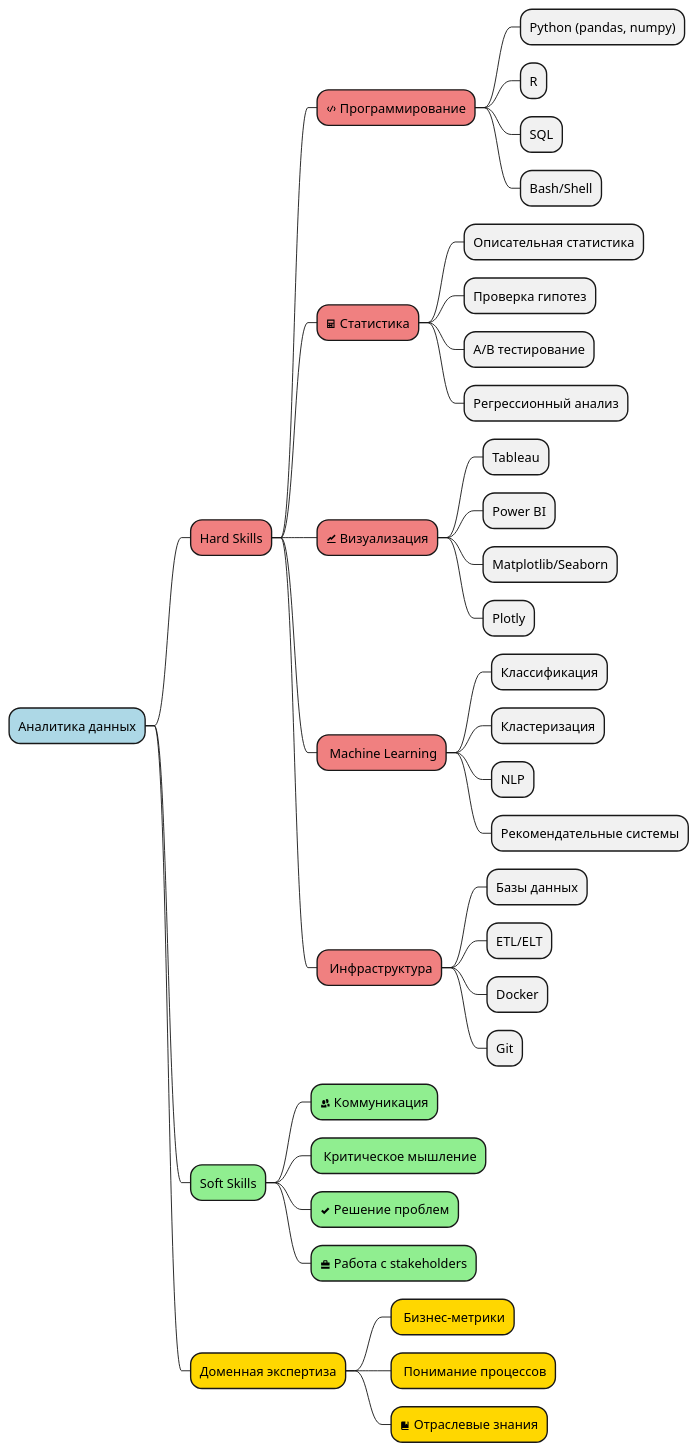
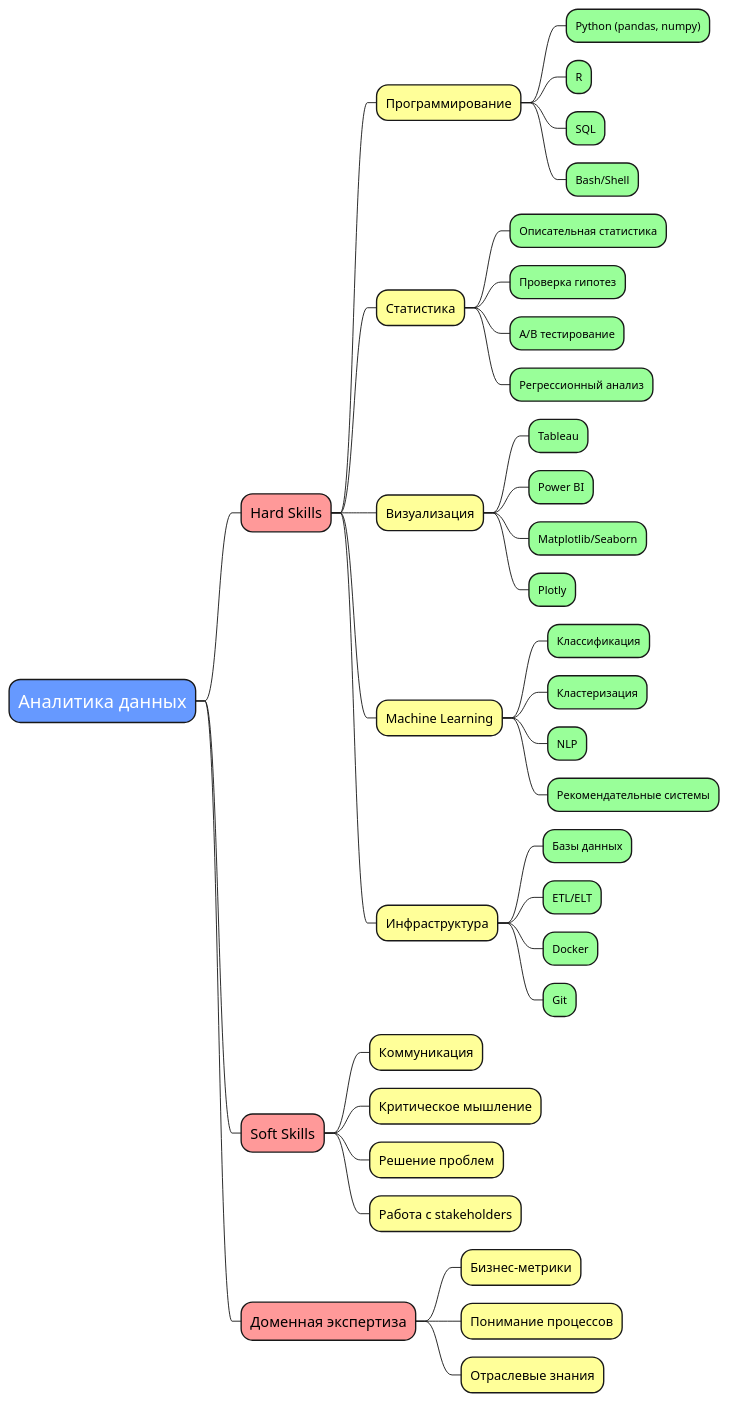
The diagram in MindMap.puml (Ilya0107/Digital-tech-AI-n3), drawn with PlantUML before and after one commit.

```diff
--- a/MindMap.puml
+++ b/MindMap.puml
@@ -1,52 +1,64 @@
 @startmindmap
 <style>
 mindmapDiagram {
-  .red {
-    BackgroundColor lightcoral
+  node {
+    BackgroundColor white
+    BorderColor black
   }
-  .blue {
-    BackgroundColor lightblue
+  :depth(0) {
+    BackgroundColor #6699FF
+    FontSize 20
+    FontColor white
   }
-  .green {
-    BackgroundColor lightgreen
+  :depth(1) {
+    BackgroundColor #FF9999
+    FontSize 16
+  }
+  :depth(2) {
+    BackgroundColor #FFFF99
+    FontSize 14
+  }
+  :depth(3) {
+    BackgroundColor #99FF99
+    FontSize 12
   }
 }
 </style>
 
-*[#lightblue] Аналитика данных
-**[#lightcoral] Hard Skills
-***[#lightcoral] <&code> Программирование
+* Аналитика данных
+** Hard Skills
+*** Программирование
 **** Python (pandas, numpy)
 **** R
 **** SQL
 **** Bash/Shell
-***[#lightcoral] <&calculator> Статистика
+*** Статистика
 **** Описательная статистика
 **** Проверка гипотез
 **** A/B тестирование
 **** Регрессионный анализ
-***[#lightcoral] <&graph> Визуализация
+*** Визуализация
 **** Tableau
 **** Power BI
 **** Matplotlib/Seaborn
 **** Plotly
-***[#lightcoral] <&brain> Machine Learning
+*** Machine Learning
 **** Классификация
 **** Кластеризация
 **** NLP
 **** Рекомендательные системы
-***[#lightcoral] <&server> Инфраструктура
+*** Инфраструктура
 **** Базы данных
 **** ETL/ELT
 **** Docker
 **** Git
-**[#lightgreen] Soft Skills
-***[#lightgreen] <&people> Коммуникация
-***[#lightgreen] <&bulb> Критическое мышление
-***[#lightgreen] <&check> Решение проблем
-***[#lightgreen] <&briefcase> Работа с stakeholders
-**[#gold] Доменная экспертиза
-***[#gold] <&trend-up> Бизнес-метрики
-***[#gold] <&process> Понимание процессов
-***[#gold] <&book> Отраслевые знания
+** Soft Skills
+*** Коммуникация
+*** Критическое мышление
+*** Решение проблем
+*** Работа с stakeholders
+** Доменная экспертиза
+*** Бизнес-метрики
+*** Понимание процессов
+*** Отраслевые знания
 @endmindmap
```
